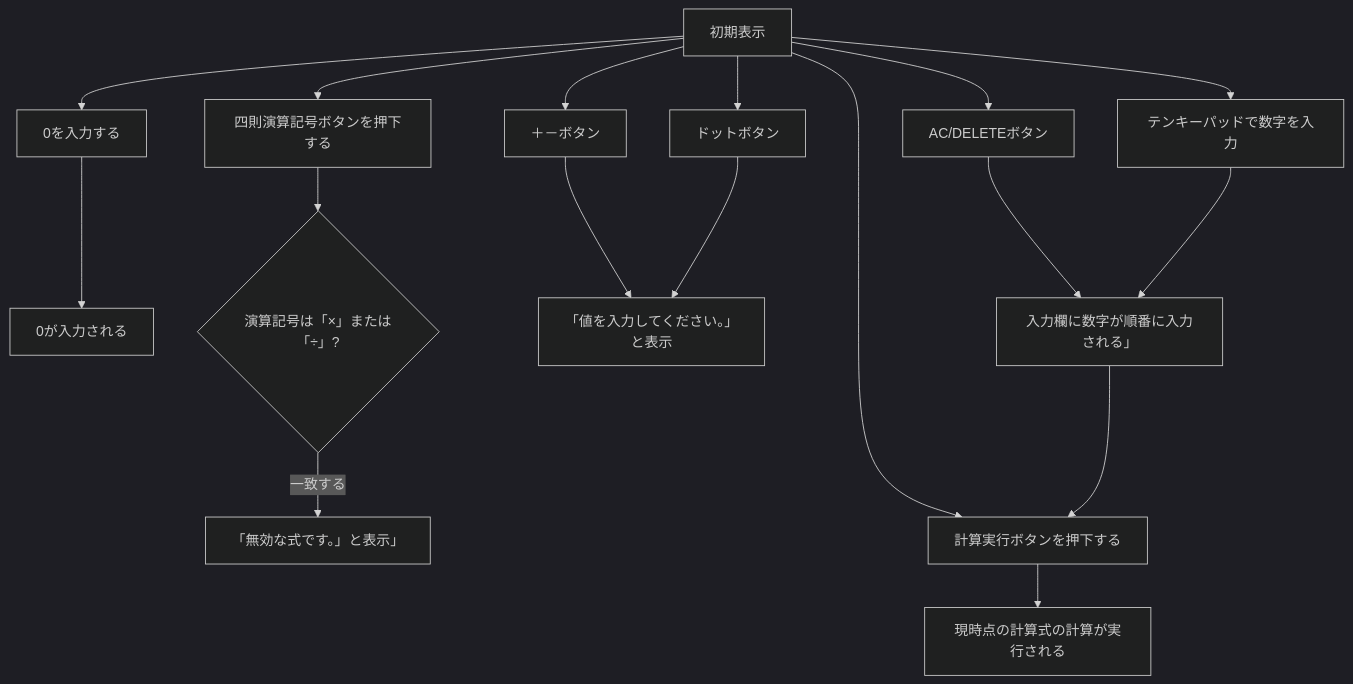
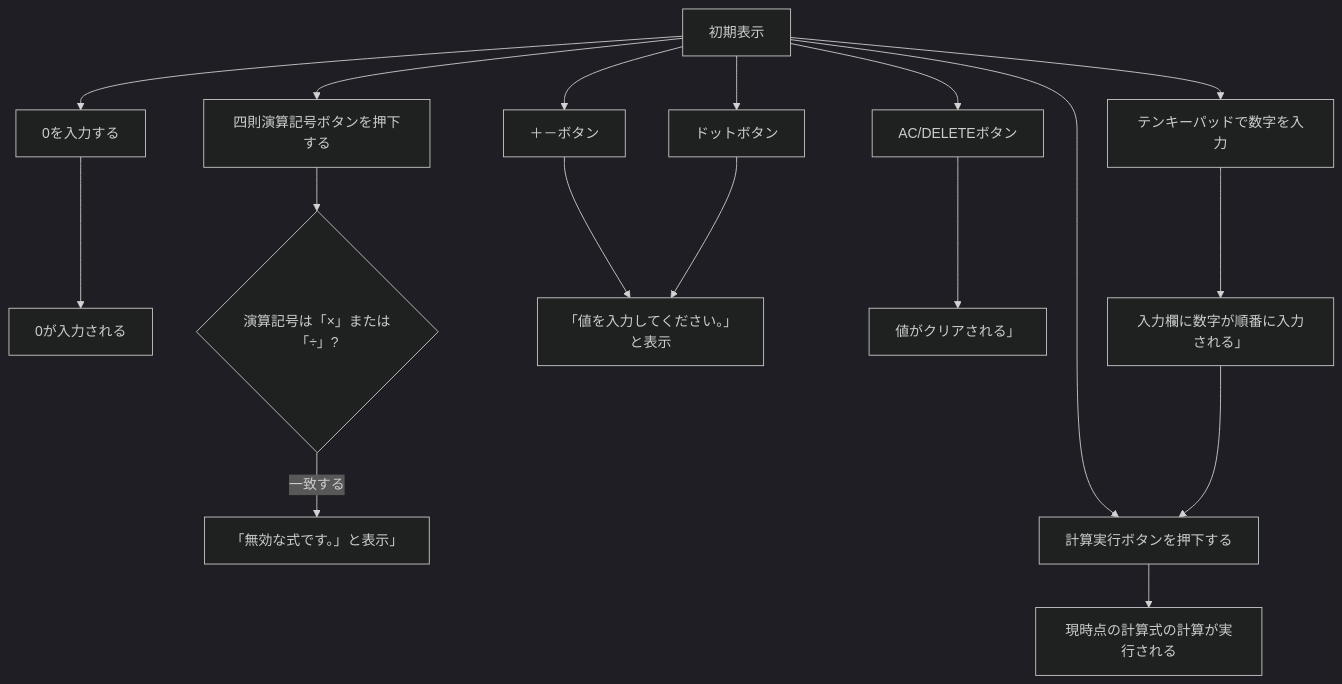
One commit to N3question/jsp-servlet-calculator changed the diagram in 基本設計書.md. Above: the diagram before and after it, drawn with Mermaid (dark theme).

````diff
--- a/基本設計書.md
+++ b/基本設計書.md
@@ -50,11 +50,11 @@
 ```mermaid
 flowchart TB
     A[初期表示] --> B[0を入力する] --> C[0が入力される]
     A[初期表示] --> D[四則演算記号ボタンを押下する] -->
     E{演算記号は「×」または「÷」?} -- 一致する --> F[「無効な式です。」と表示」]
     A[初期表示] --> G[計算実行ボタンを押下する] --> H[現時点の計算式の計算が実行される]
     A[初期表示] --> I[＋－ボタン] --> J[「値を入力してください。」と表示]
     A[初期表示] --> K[ドットボタン] --> J[「値を入力してください。」と表示]
-    A[初期表示] --> L[AC/DELETEボタン] --> M[値がクリアされる」]
+    A[初期表示] --> L[AC/DELETEボタン] --> O[値がクリアされる」]
     A[初期表示] --> N[テンキーパッドで数字を入力] --> M[入力欄に数字が順番に入力される」] --> G[計算実行ボタンを押下する]
 ```
````
